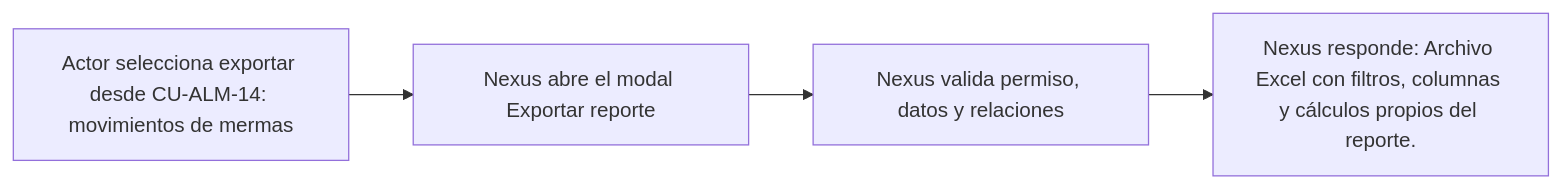
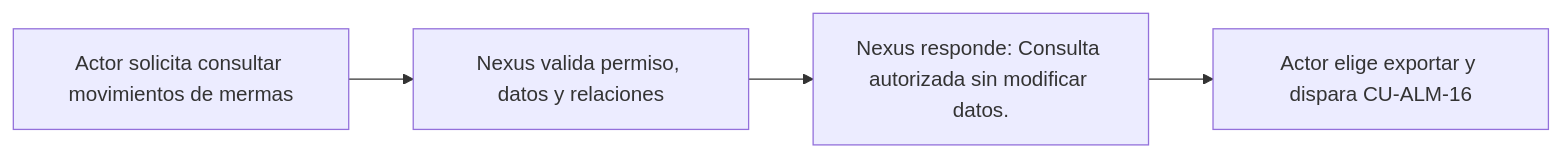
Before and after one commit to gpgsistemas01/nexus: the diagram in docs/requirements/diagrams/catalogs/cu-alm-15.md, drawn with Mermaid. The commit also changed other lines of this file and 51 other files, not shown here.

````diff
--- a/docs/requirements/diagrams/catalogs/cu-alm-15.md
+++ b/docs/requirements/diagrams/catalogs/cu-alm-15.md
@@ -3,7 +3,7 @@
 ```mermaid
 flowchart LR
-    accTitle: CU-ALM-15 — Generar reporte de movimientos de mermas
-    request["Actor selecciona exportar desde CU-ALM-14: movimientos de mermas"] --> modal["Nexus abre el modal Exportar reporte"]
-    modal --> validate["Nexus valida permiso, datos y relaciones"]
-    validate --> result["Nexus responde: Archivo Excel con filtros, columnas y cálculos propios del reporte."]
+    accTitle: CU-ALM-15 — Consultar movimientos de mermas
+    request["Actor solicita consultar movimientos de mermas"] --> validate["Nexus valida permiso, datos y relaciones"]
+    validate --> result["Nexus responde: Consulta autorizada sin modificar datos."]
+    result --> report["Actor elige exportar y dispara CU-ALM-16"]
 ```
````
